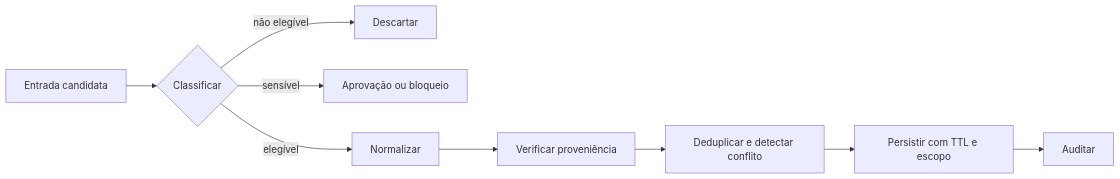
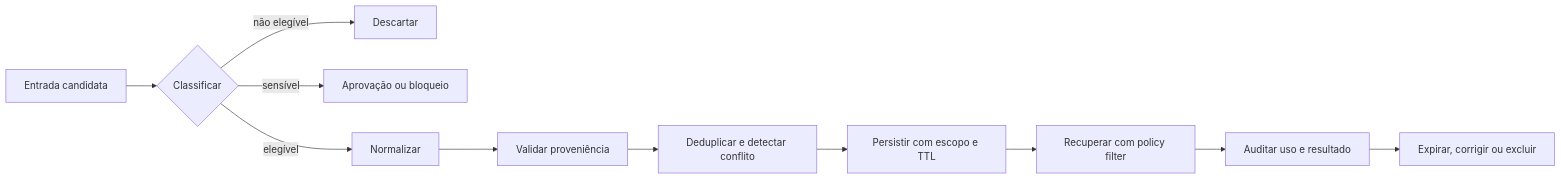
Before and after one commit to matheusflorindo32/nexus-agent-engineering-academy: the diagram in course/modules/05-memory-engineering/README.md, drawn with Mermaid. The commit also changed other lines of this file, not shown here.

````diff
--- a/course/modules/05-memory-engineering/README.md
+++ b/course/modules/05-memory-engineering/README.md
@@ -94,11 +112,13 @@
 ```mermaid
 flowchart LR
     I[Entrada candidata] --> C{Classificar}
     C -->|não elegível| D[Descartar]
     C -->|sensível| H[Aprovação ou bloqueio]
     C -->|elegível| N[Normalizar]
-    N --> P[Verificar proveniência]
+    N --> P[Validar proveniência]
     P --> X[Deduplicar e detectar conflito]
-    X --> W[Persistir com TTL e escopo]
-    W --> A[Auditar]
+    X --> W[Persistir com escopo e TTL]
+    W --> R[Recuperar com policy filter]
+    R --> A[Auditar uso e resultado]
+    A --> E[Expirar, corrigir ou excluir]
 ```
````
